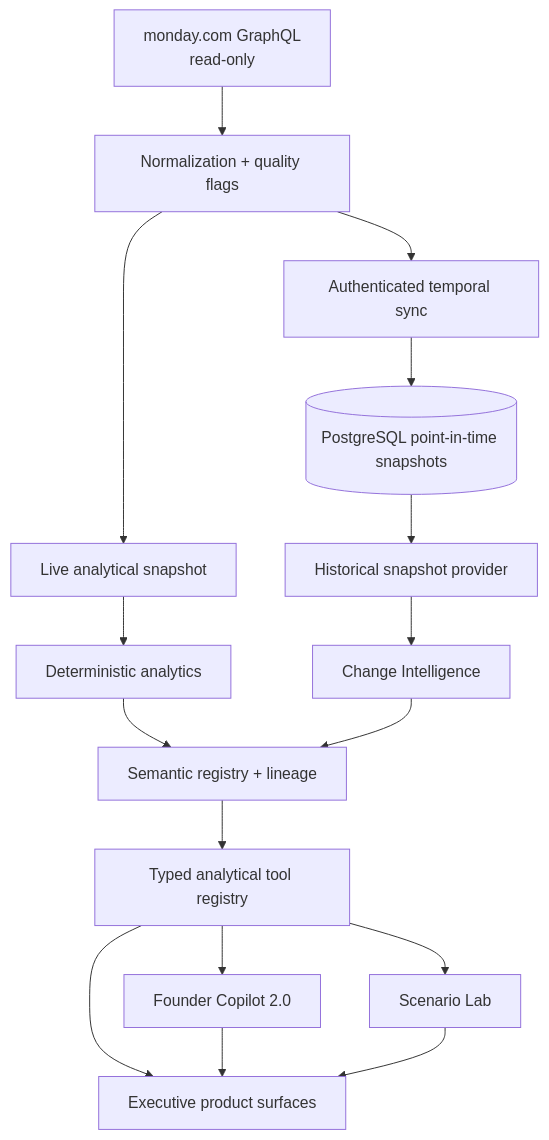
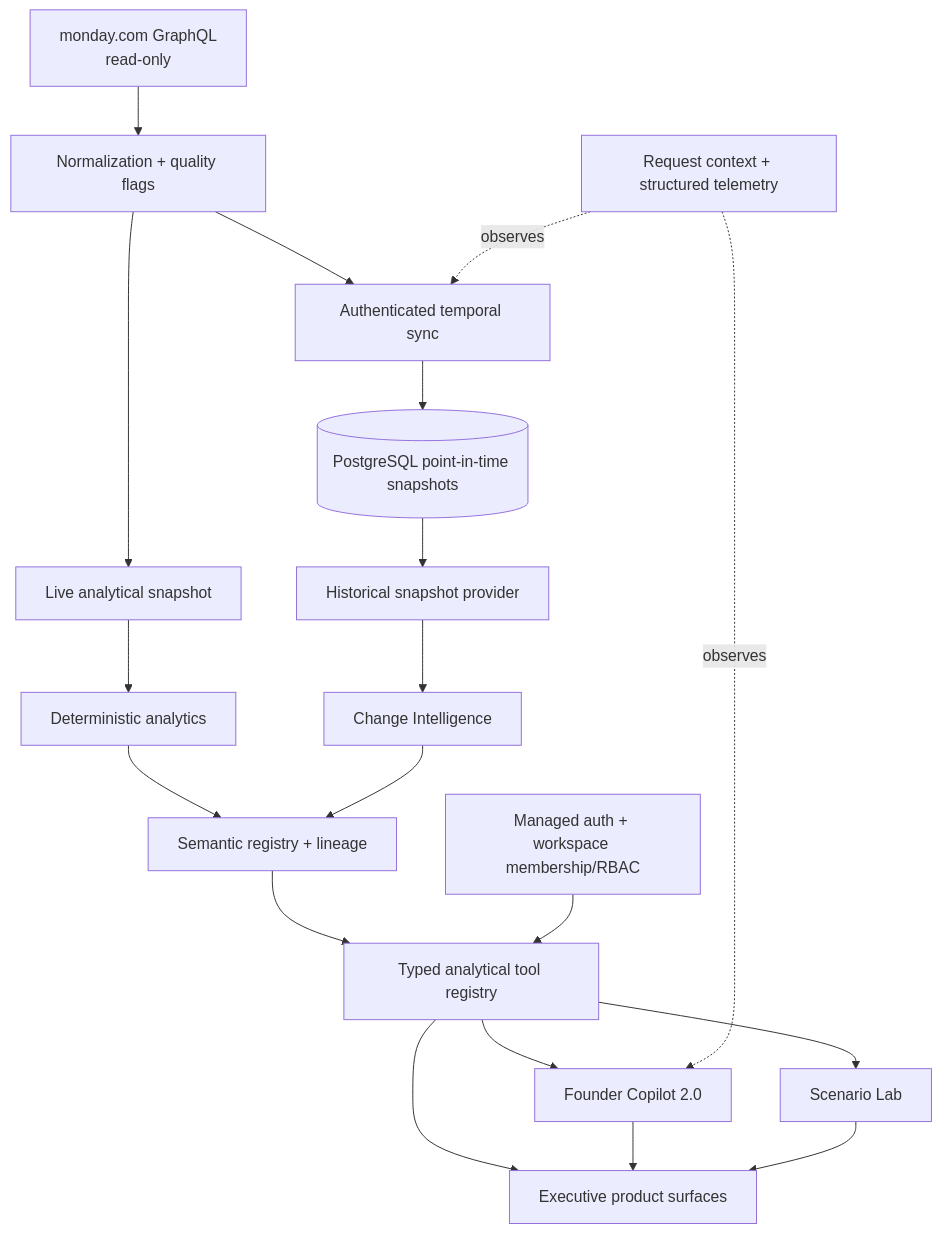
Before and after one commit to Rishikeshsanin/skylark-command: the second of 2 diagrams in README.md, drawn with Mermaid. The commit also changed other lines of this file, not shown here.

````diff
--- a/README.md
+++ b/README.md
@@ -78,18 +80,21 @@
 ```mermaid
 flowchart TD
     M[monday.com GraphQL<br/>read-only] --> N[Normalization + quality flags]
     N --> L[Live analytical snapshot]
     N --> SYNC[Authenticated temporal sync]
     SYNC --> PG[(PostgreSQL point-in-time snapshots)]
     L --> A[Deterministic analytics]
     PG --> H[Historical snapshot provider]
     H --> CI[Change Intelligence]
     A --> SEM[Semantic registry + lineage]
     CI --> SEM
     SEM --> TOOLS[Typed analytical tool registry]
+    ID[Managed auth + workspace membership/RBAC] --> TOOLS
     TOOLS --> C[Founder Copilot 2.0]
     TOOLS --> SC[Scenario Lab]
     TOOLS --> UI[Executive product surfaces]
     C --> UI
     SC --> UI
+    OBS[Request context + structured telemetry] -. observes .-> C
+    OBS -. observes .-> SYNC
 ```
````
